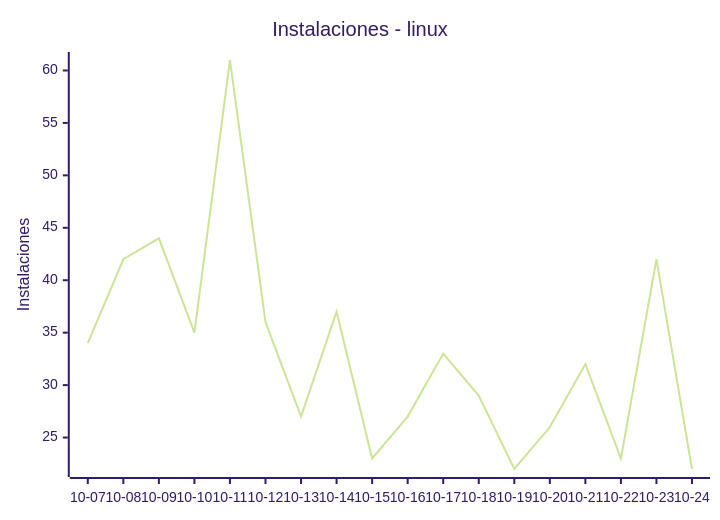
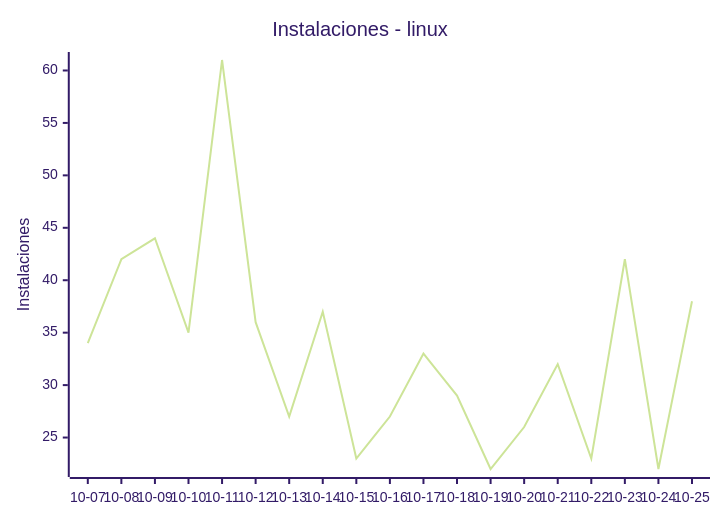
Before and after one commit to EmuDeck/stats: the fifth of 9 diagrams in README.md, drawn with Mermaid (forest theme). The commit also changed other lines of this file and 2 other files, not shown here.

````diff
--- a/README.md
+++ b/README.md
@@ -60,7 +60,7 @@
 ```mermaid
 xychart-beta
     title "Instalaciones - linux"
-    x-axis ["10-07", "10-08", "10-09", "10-10", "10-11", "10-12", "10-13", "10-14", "10-15", "10-16", "10-17", "10-18", "10-19", "10-20", "10-21", "10-22", "10-23", "10-24"]
+    x-axis ["10-07", "10-08", "10-09", "10-10", "10-11", "10-12", "10-13", "10-14", "10-15", "10-16", "10-17", "10-18", "10-19", "10-20", "10-21", "10-22", "10-23", "10-24", "10-25"]
     y-axis "Instalaciones"
-    line [34, 42, 44, 35, 61, 36, 27, 37, 23, 27, 33, 29, 22, 26, 32, 23, 42, 22]
+    line [34, 42, 44, 35, 61, 36, 27, 37, 23, 27, 33, 29, 22, 26, 32, 23, 42, 22, 38]
 ```
````
